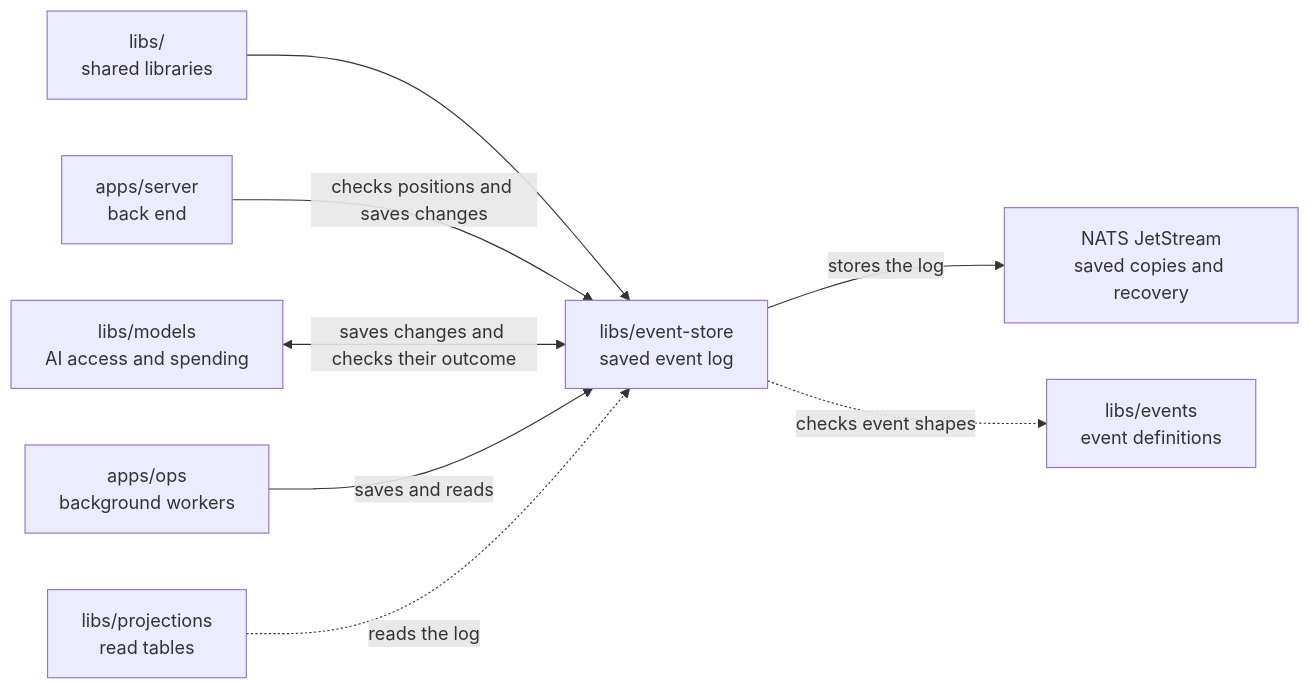
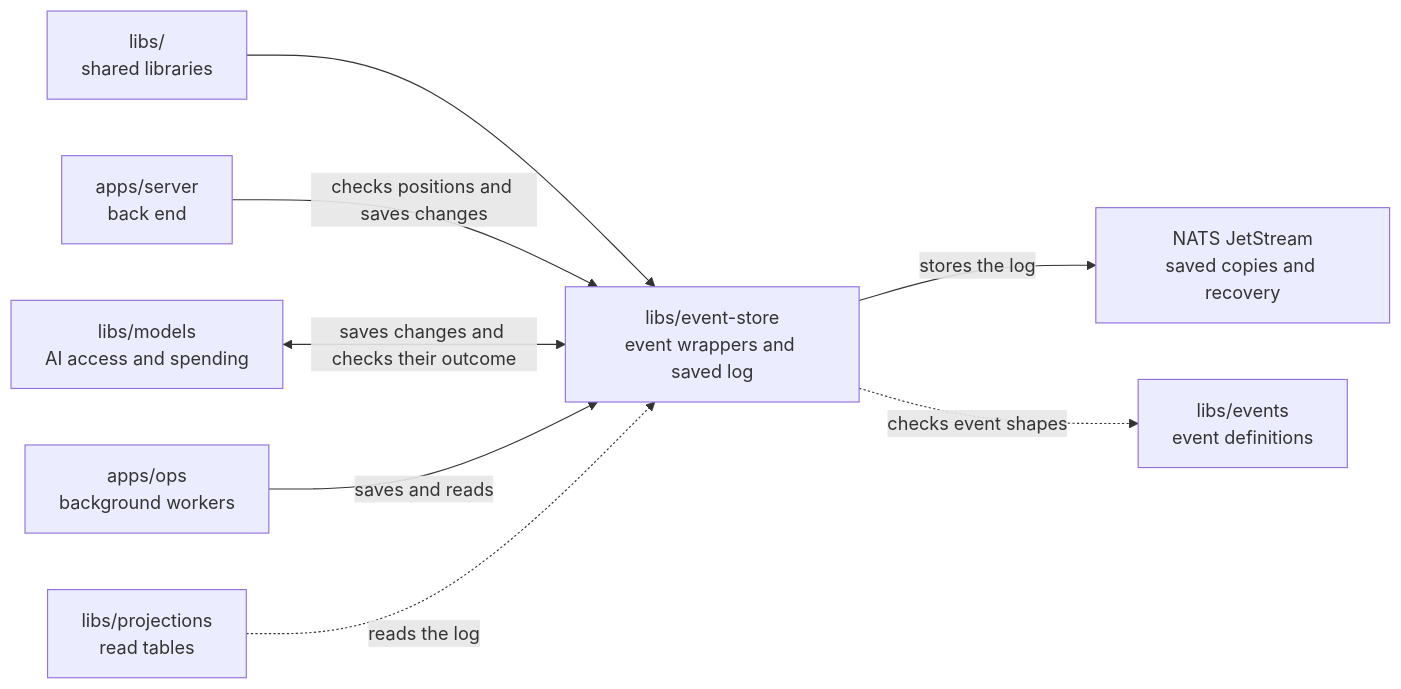
One commit to elewa-git/opencrane-new changed the diagram in libs/event-store/README.md. Above: the diagram before and after it, drawn with Mermaid. The commit also changed other lines of this file and 3 other files, not shown here.

Commit message:
✉️ Build server event envelopes in the event store

````diff
--- a/libs/event-store/README.md
+++ b/libs/event-store/README.md
@@ -23,10 +23,10 @@
 ```mermaid
 flowchart LR
-  parent["libs/<br/>shared libraries"] --> store["libs/event-store<br/>saved event log"]
+  parent["libs/<br/>shared libraries"] --> store["libs/event-store<br/>event wrappers and saved log"]
   server["apps/server<br/>back end"] -->|checks positions and saves changes| store
   models["libs/models<br/>AI access and spending"] <-->|saves changes and checks their outcome| store
   ops["apps/ops<br/>background workers"] -->|saves and reads| store
   projections["libs/projections<br/>read tables"] -.->|reads the log| store
   store -->|stores the log| nats["NATS JetStream<br/>saved copies and recovery"]
   store -.->|checks event shapes| events["libs/events<br/>event definitions"]
 ```
````
